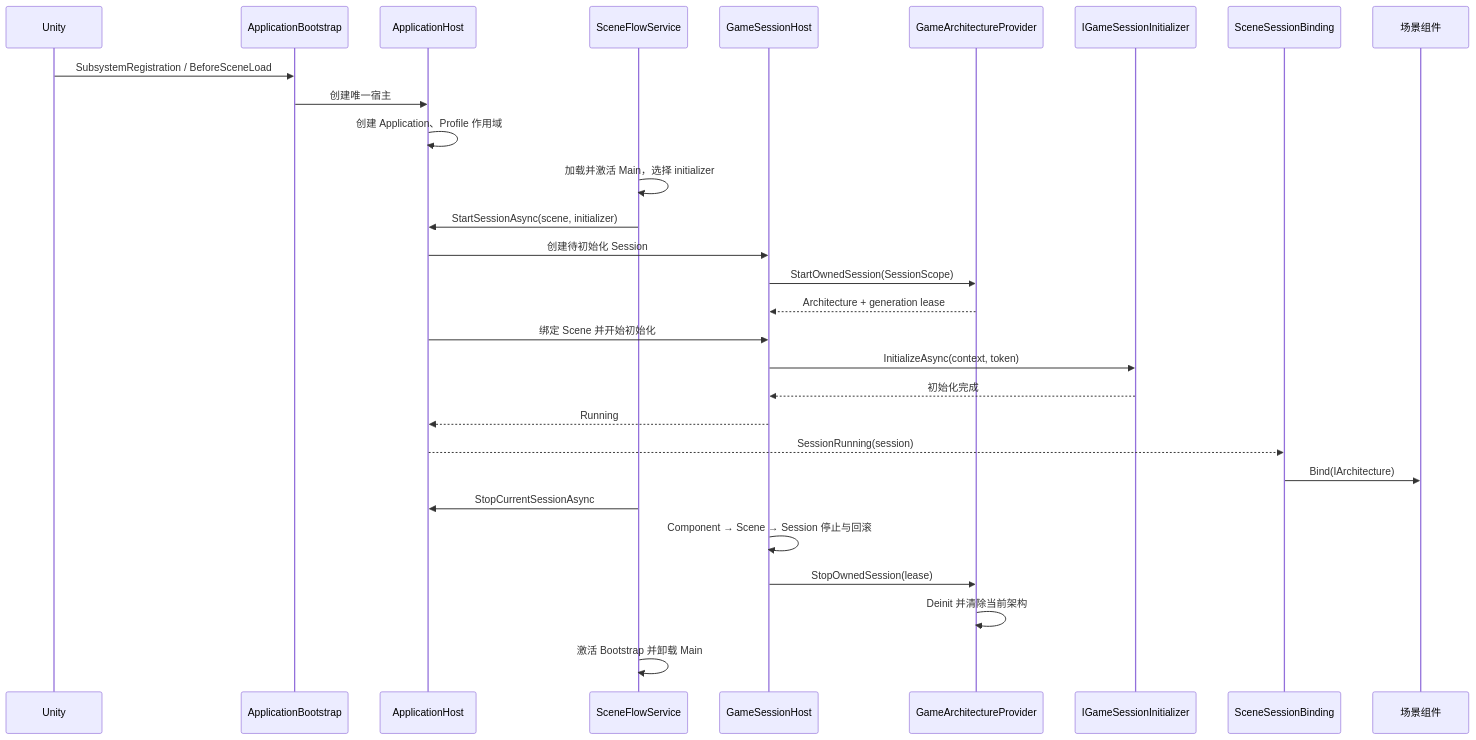
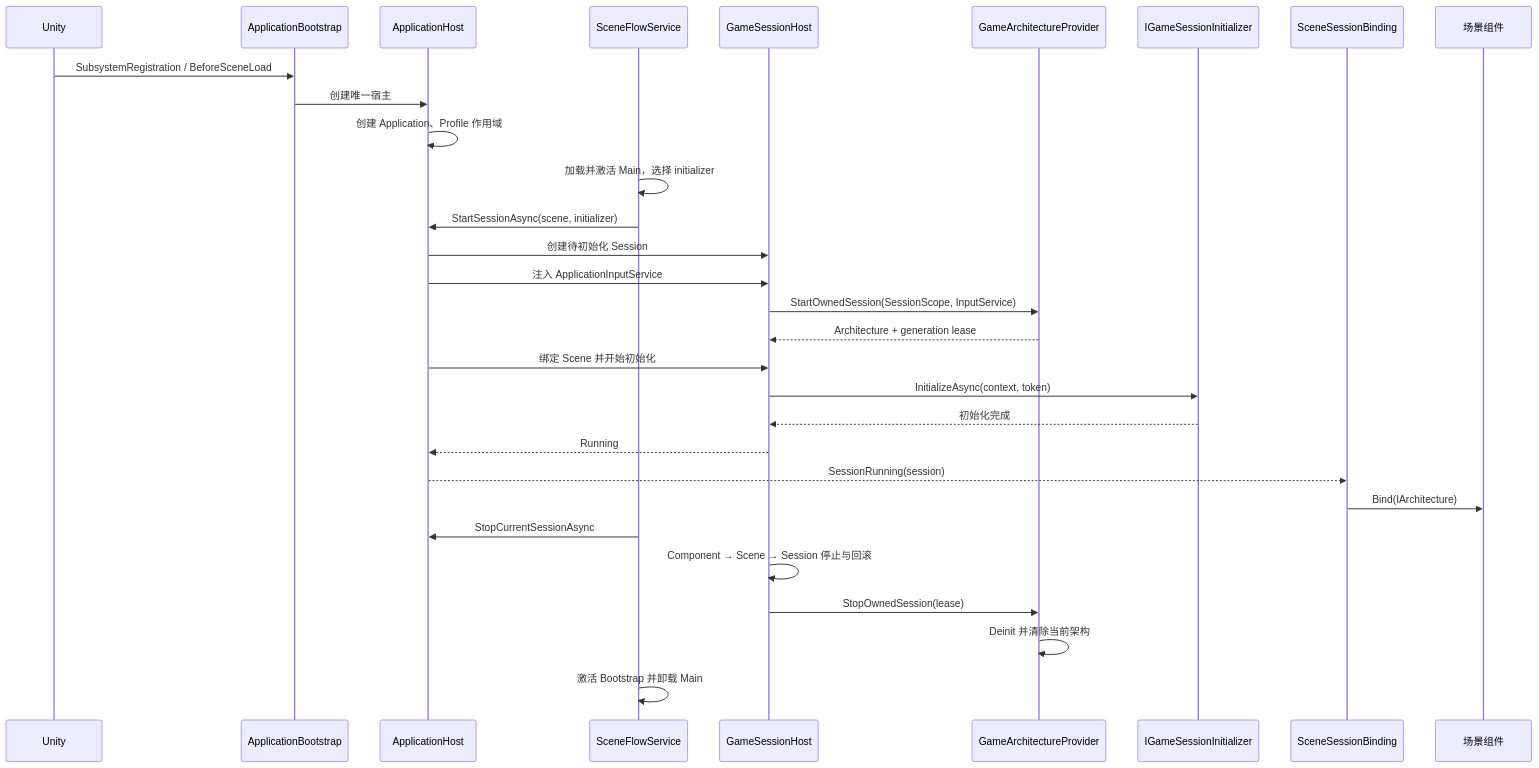
The third of 4 diagrams in Docs/docs/infrastructure/application-lifecycle.md (IshmaelHeathcliff/DarkFlare), drawn with Mermaid before and after one commit. The commit also changed other lines of this file and 111 other files, not shown here.

````diff
--- a/Docs/docs/infrastructure/application-lifecycle.md
+++ b/Docs/docs/infrastructure/application-lifecycle.md
@@ -50,32 +50,33 @@
 ```mermaid
 sequenceDiagram
   participant Unity
   participant Bootstrap as ApplicationBootstrap
   participant App as ApplicationHost
   participant Flow as SceneFlowService
   participant Session as GameSessionHost
   participant Provider as GameArchitectureProvider
   participant Init as IGameSessionInitializer
   participant Binding as SceneSessionBinding
   participant Component as 场景组件
 
   Unity->>Bootstrap: SubsystemRegistration / BeforeSceneLoad
   Bootstrap->>App: 创建唯一宿主
   App->>App: 创建 Application、Profile 作用域
   Flow->>Flow: 加载并激活 Main，选择 initializer
   Flow->>App: StartSessionAsync(scene, initializer)
   App->>Session: 创建待初始化 Session
-  Session->>Provider: StartOwnedSession(SessionScope)
+  App->>Session: 注入 ApplicationInputService
+  Session->>Provider: StartOwnedSession(SessionScope, InputService)
   Provider-->>Session: Architecture + generation lease
   App->>Session: 绑定 Scene 并开始初始化
   Session->>Init: InitializeAsync(context, token)
   Init-->>Session: 初始化完成
   Session-->>App: Running
   App-->>Binding: SessionRunning(session)
   Binding->>Component: Bind(IArchitecture)
   Flow->>App: StopCurrentSessionAsync
   Session->>Session: Component → Scene → Session 停止与回滚
   Session->>Provider: StopOwnedSession(lease)
   Provider->>Provider: Deinit 并清除当前架构
   Flow->>Flow: 激活 Bootstrap 并卸载 Main
 ```
````
